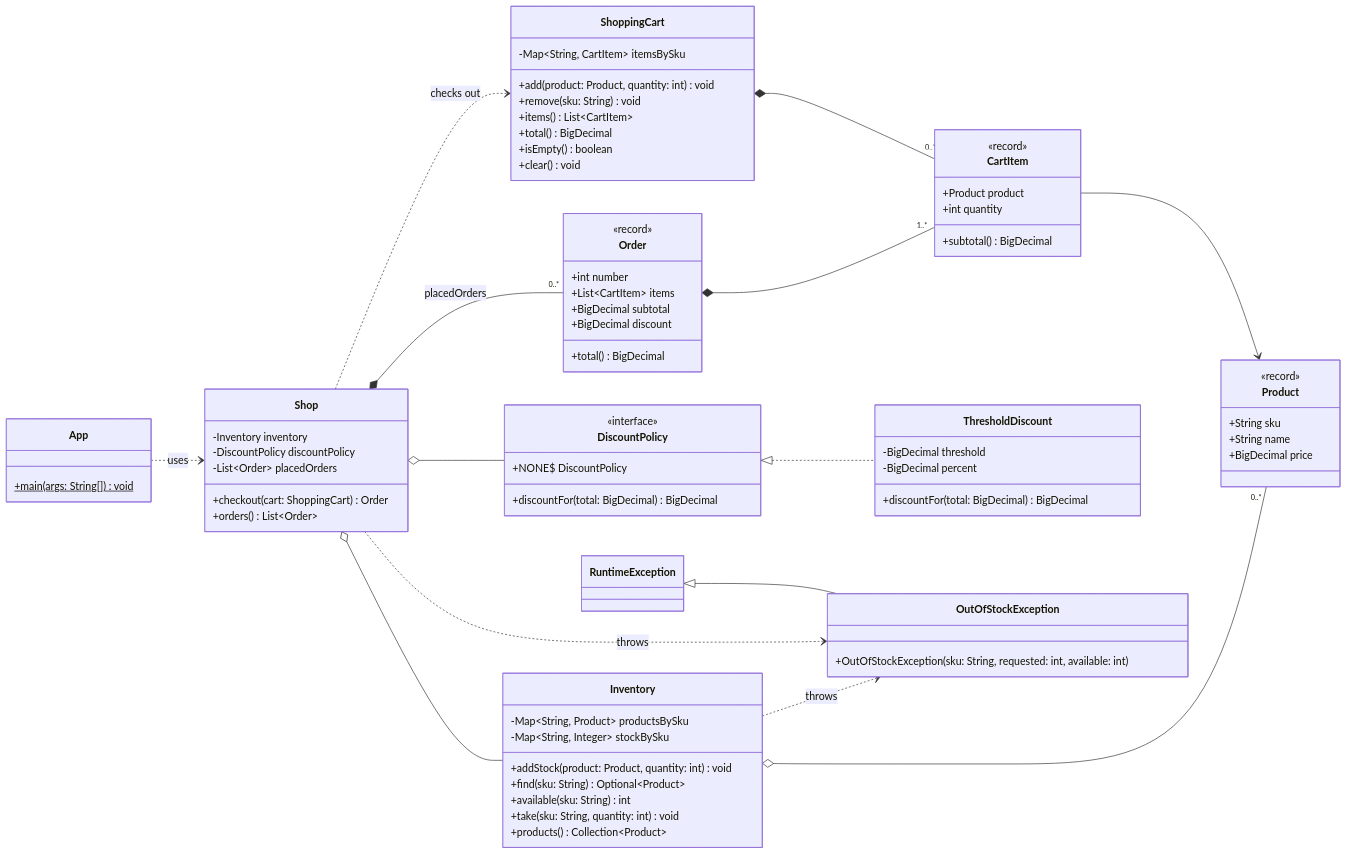
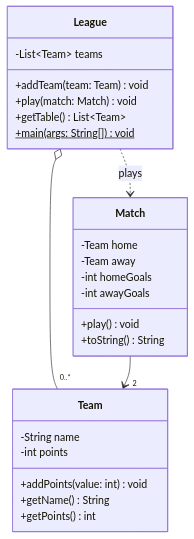
One commit to FaziSPB/laboratories3 changed the first of 2 diagrams in lista1/zadanie7/README.md. Above: the diagram before and after it, drawn with Mermaid. The commit also changed other lines of this file and 18 other files, not shown here.

Commit message:
Task 7: replace shop with a minimal football league (3 classes)

````diff
--- a/lista1/zadanie7/README.md
+++ b/lista1/zadanie7/README.md
@@ -59,89 +37,31 @@
 ```mermaid
 classDiagram
-    direction LR
+    class Team {
+        -String name
+        -int points
+        +addPoints(value: int) void
+        +getName() String
+        +getPoints() int
+    }
 
-    class App {
+    class Match {
+        -Team home
+        -Team away
+        -int homeGoals
+        -int awayGoals
+        +play() void
+        +toString() String
+    }
+
+    class League {
+        -List~Team~ teams
+        +addTeam(team: Team) void
+        +play(match: Match) void
+        +getTable() List~Team~
         +main(args: String[])$ void
     }
 
-    class Product {
-        <<record>>
-        +String sku
-        +String name
-        +BigDecimal price
-    }
-
-    class CartItem {
-        <<record>>
-        +Product product
-        +int quantity
-        +subtotal() BigDecimal
-    }
-
-    class Inventory {
-        -Map~String, Product~ productsBySku
-        -Map~String, Integer~ stockBySku
-        +addStock(product: Product, quantity: int) void
-        +find(sku: String) Optional~Product~
-        +available(sku: String) int
-        +take(sku: String, quantity: int) void
-        +products() Collection~Product~
-    }
-
-    class ShoppingCart {
-        -Map~String, CartItem~ itemsBySku
-        +add(product: Product, quantity: int) void
-        +remove(sku: String) void
-        +items() List~CartItem~
-        +total() BigDecimal
-        +isEmpty() boolean
-        +clear() void
-    }
-
-    class Shop {
-        -Inventory inventory
-        -DiscountPolicy discountPolicy
-        -List~Order~ placedOrders
-        +checkout(cart: ShoppingCart) Order
-        +orders() List~Order~
-    }
-
-    class Order {
-        <<record>>
-        +int number
-        +List~CartItem~ items
-        +BigDecimal subtotal
-        +BigDecimal discount
-        +total() BigDecimal
-    }
-
-    class DiscountPolicy {
-        <<interface>>
-        +NONE$ DiscountPolicy
-        +discountFor(total: BigDecimal) BigDecimal
-    }
-
-    class ThresholdDiscount {
-        -BigDecimal threshold
-        -BigDecimal percent
-        +discountFor(total: BigDecimal) BigDecimal
-    }
-
-    class OutOfStockException {
-        +OutOfStockException(sku: String, requested: int, available: int)
-    }
-
-    RuntimeException <|-- OutOfStockException
-    DiscountPolicy <|.. ThresholdDiscount
-    Shop o-- Inventory
-    Shop o-- DiscountPolicy
-    Shop *-- "0..*" Order : placedOrders
-    ShoppingCart *-- "0..*" CartItem
-    Order *-- "1..*" CartItem
-    CartItem --> Product
-    Inventory o-- "0..*" Product
-    Shop ..> ShoppingCart : checks out
-    Shop ..> OutOfStockException : throws
-    Inventory ..> OutOfStockException : throws
-    App ..> Shop : uses
+    League o-- "0..*" Team
+    League ..> Match : plays
+    Match --> "2" Team
 ```
````
